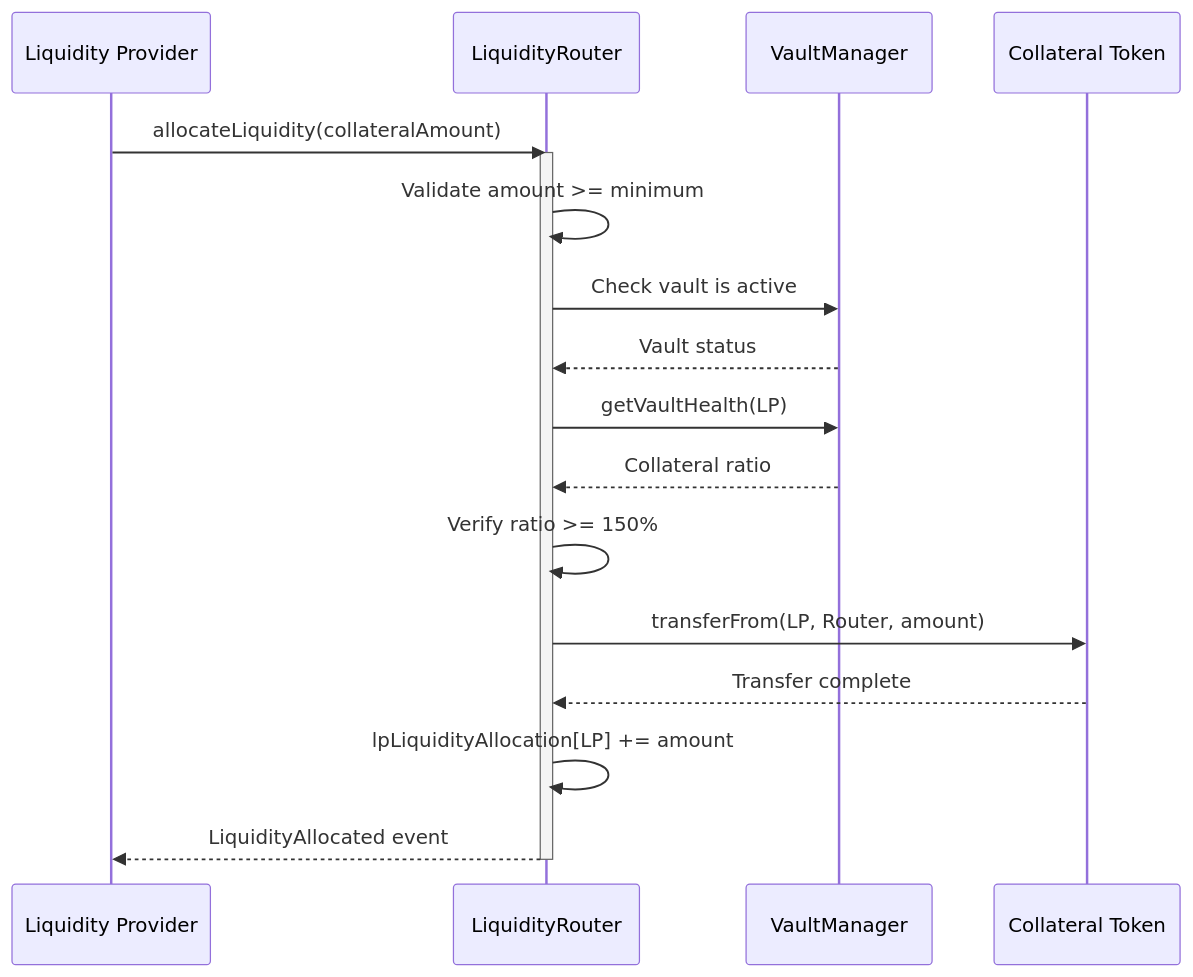
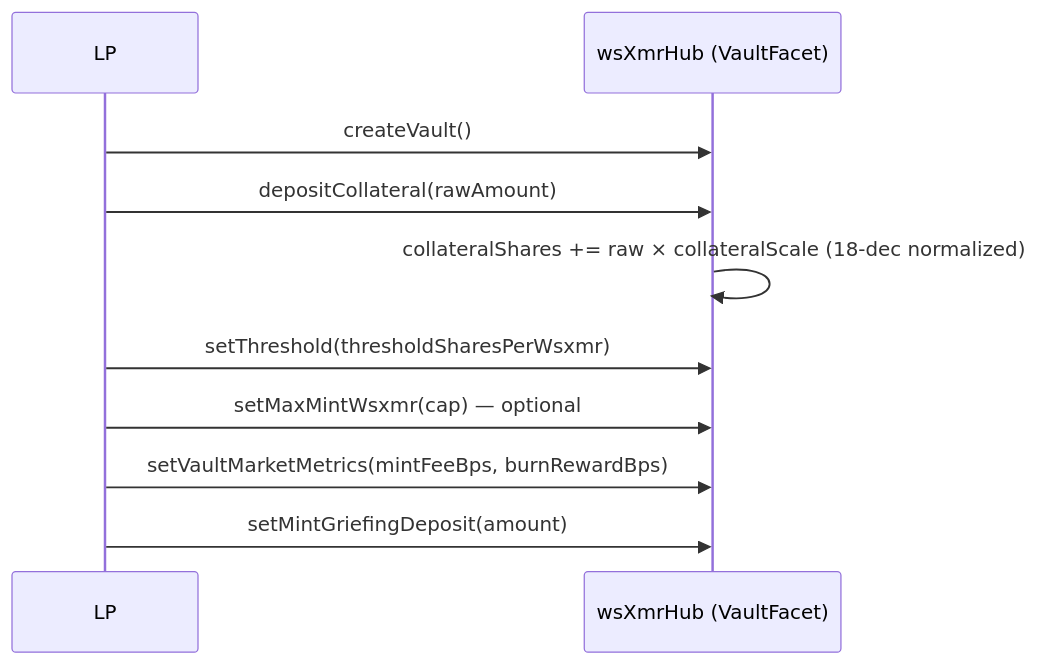
One commit to madschristensen99/wrapsynth changed the second of 7 diagrams in docs/sequenceDiagrams.md. Above: the diagram before and after it, drawn with Mermaid. The commit also changed other lines of this file and 178 other files, not shown here.

````diff
--- a/docs/sequenceDiagrams.md
+++ b/docs/sequenceDiagrams.md
@@ -170,25 +40,13 @@
 ```mermaid
 sequenceDiagram
-    participant LP as Liquidity Provider
-    participant Router as LiquidityRouter
-    participant VM as VaultManager
-    participant Collateral as Collateral Token
+    participant LP
+    participant H as wsXmrHub (VaultFacet)
 
-    LP->>Router: allocateLiquidity(collateralAmount)
-    activate Router
-    
-    Router->>Router: Validate amount >= minimum
-    Router->>VM: Check vault is active
-    VM-->>Router: Vault status
-    
-    Router->>VM: getVaultHealth(LP)
-    VM-->>Router: Collateral ratio
-    Router->>Router: Verify ratio >= 150%
-    
-    Router->>Collateral: transferFrom(LP, Router, amount)
-    Collateral-->>Router: Transfer complete
-    
-    Router->>Router: lpLiquidityAllocation[LP] += amount
-    Router-->>LP: LiquidityAllocated event
-    deactivate Router
+    LP->>H: createVault()
+    LP->>H: depositCollateral(rawAmount)
+    H->>H: collateralShares += raw × collateralScale (18-dec normalized)
+    LP->>H: setThreshold(thresholdSharesPerWsxmr)
+    LP->>H: setMaxMintWsxmr(cap) — optional
+    LP->>H: setVaultMarketMetrics(mintFeeBps, burnRewardBps)
+    LP->>H: setMintGriefingDeposit(amount)
 ```
````
